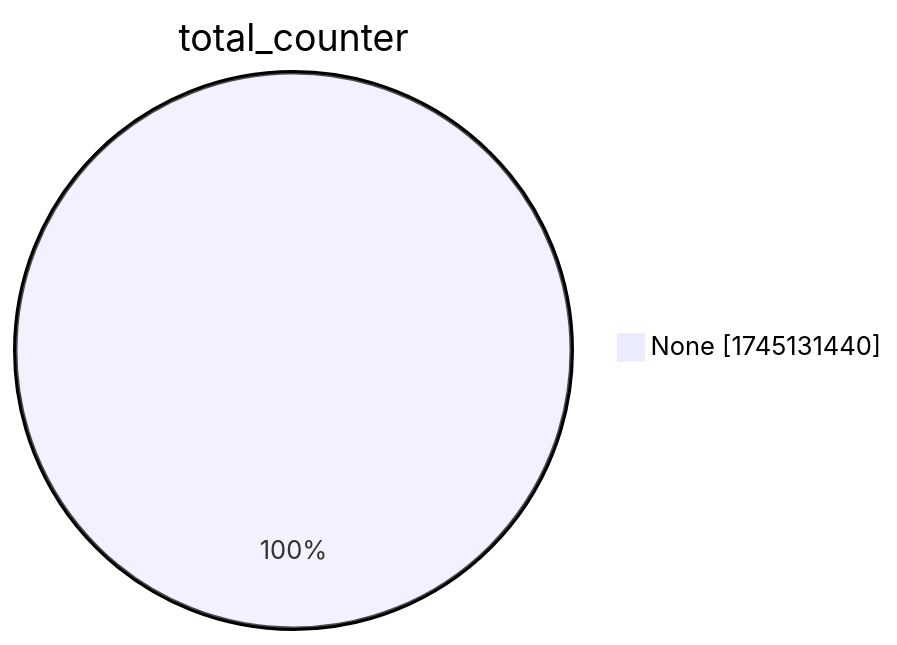
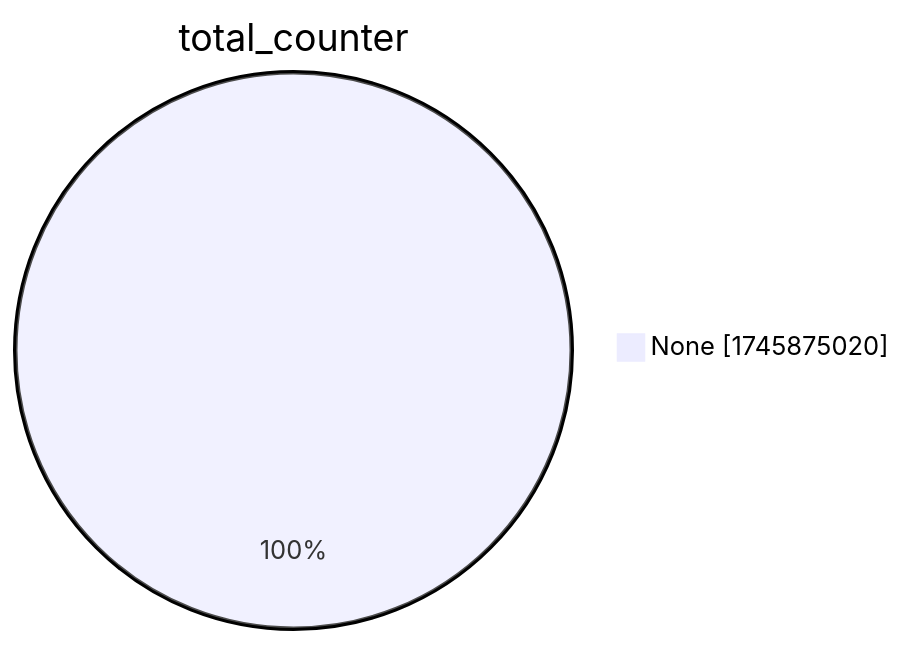
Before and after one commit to christiankrug/ctmonitor_visualization: the second of 15 diagrams in xenon2022/README.md, drawn with Mermaid. The commit also changed other lines of this file, not shown here.

````diff
--- a/xenon2022/README.md
+++ b/xenon2022/README.md
@@ -9,5 +9,5 @@
 ```mermaid
 pie showData
 title total_counter
-"None" :1745131440
+"None" :1745875020
 ```
````
